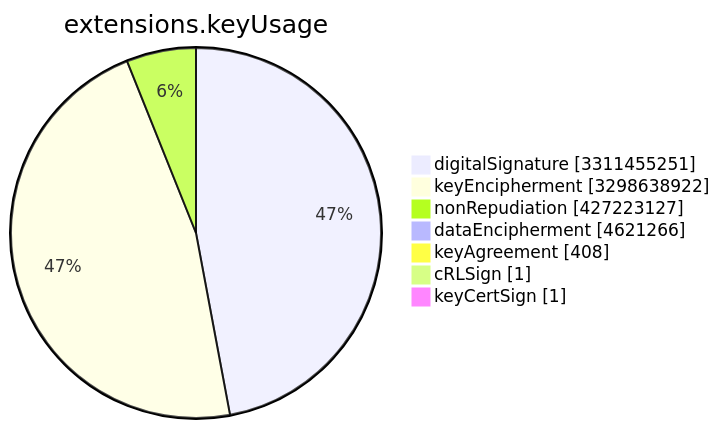
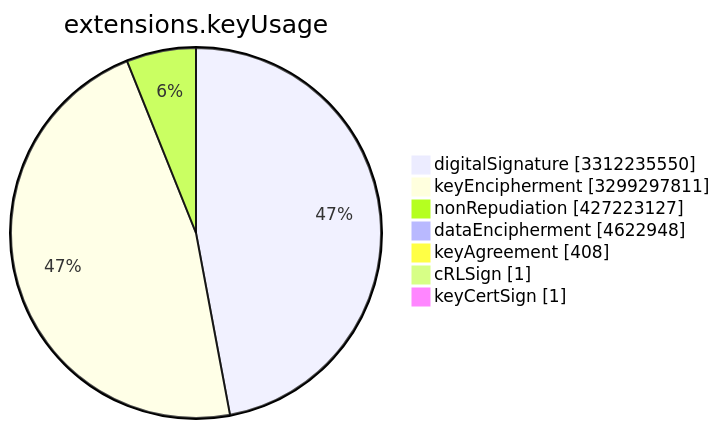
One commit to christiankrug/ctmonitor_visualization changed the sixth of 15 diagrams in TOTAL/README.md. Above: the diagram before and after it, drawn with Mermaid. The commit also changed other lines of this file, not shown here.

````diff
--- a/TOTAL/README.md
+++ b/TOTAL/README.md
@@ -3078,11 +3078,11 @@
 ```mermaid
 pie showData
 title extensions.keyUsage
-"digitalSignature" :3311455251
-"keyEncipherment" :3298638922
+"digitalSignature" :3312235550
+"keyEncipherment" :3299297811
 "nonRepudiation" :427223127
-"dataEncipherment" :4621266
+"dataEncipherment" :4622948
 "keyAgreement" :408
 "cRLSign" :1
 "keyCertSign" :1
 ```
````
